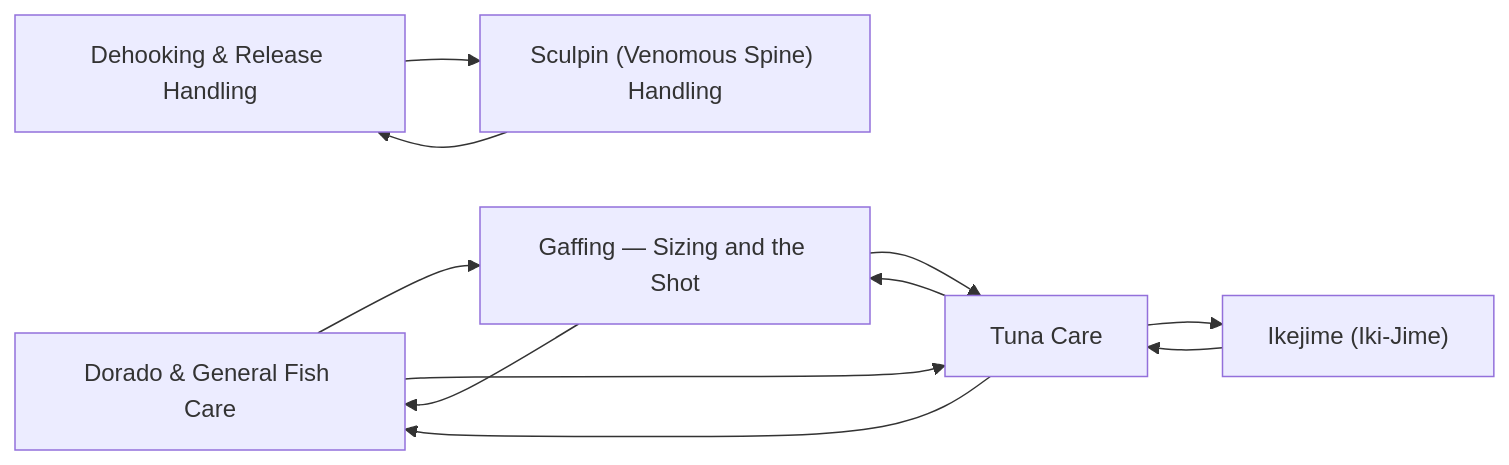
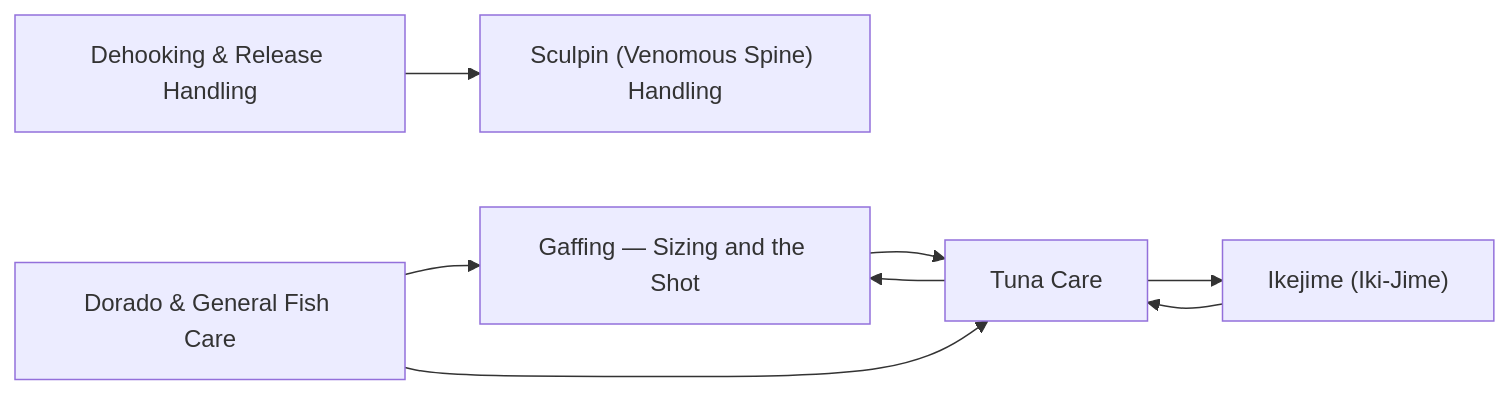
Before and after one commit to camchuckpete-max/Socal-Fishing-Knowledge: the diagram in fish-care/README.md, drawn with Mermaid. The commit also changed 124 other files, not shown here.

````diff
--- a/fish-care/README.md
+++ b/fish-care/README.md
@@ -19,19 +19,16 @@
 ```mermaid
 graph LR
   n0["Dehooking & Release Handling"]
   n1["Dorado & General Fish Care"]
   n2["Gaffing — Sizing and the Shot"]
   n3["Ikejime (Iki-Jime)"]
   n4["Sculpin (Venomous Spine) Handling"]
   n5["Tuna Care"]
   n0 --> n4
   n1 --> n2
   n1 --> n5
-  n2 --> n1
   n2 --> n5
   n3 --> n5
-  n4 --> n0
-  n5 --> n1
   n5 --> n2
   n5 --> n3
 ```
````
